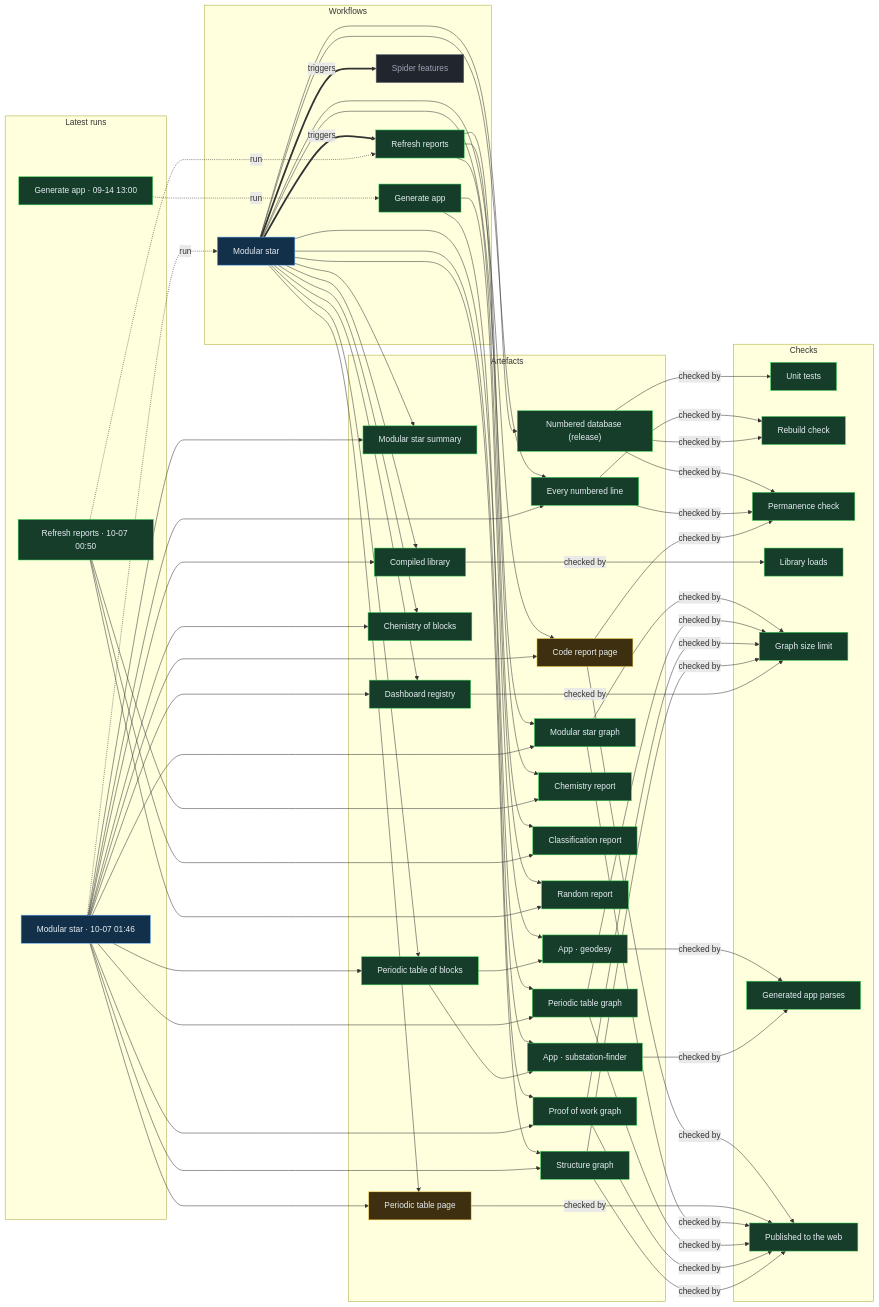
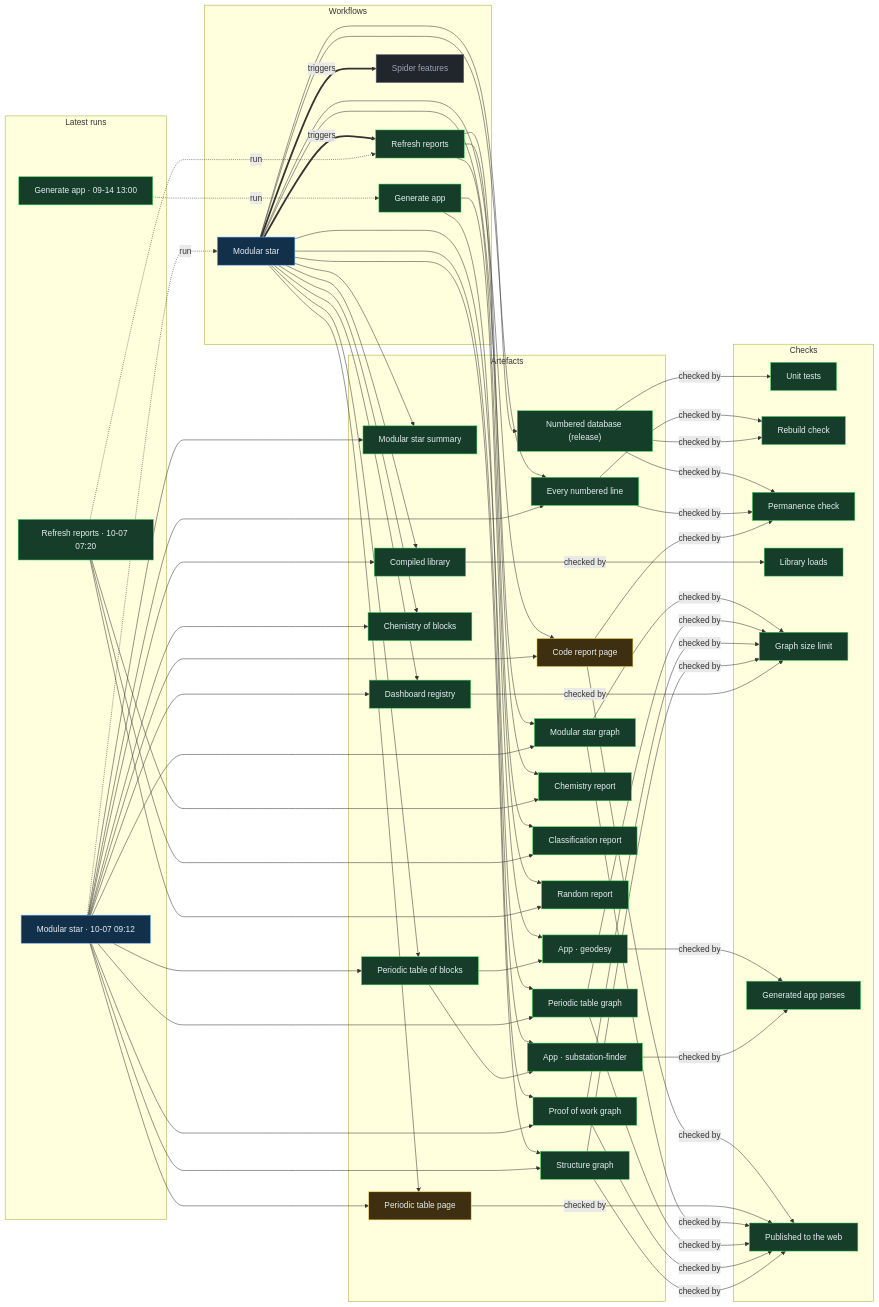
Before and after one commit to Ventusltd/stars: the diagram in proof/PROOF.md, drawn with Mermaid. The commit also changed other lines of this file and 46 other files, not shown here.

Commit message:
Modular star 2026-10-07T09:15Z

```diff
--- a/proof/PROOF.md
+++ b/proof/PROOF.md
@@ -24,8 +24,8 @@
   n_wf_spider_features["Spider features"]:::off
   end
   subgraph g_runs["Latest runs"]
-  n_run_37558792047["Modular star · 10-07 01:46"]:::live
-  n_run_37554048431["Refresh reports · 10-07 00:50"]:::ok
+  n_run_37598972760["Modular star · 10-07 09:12"]:::live
+  n_run_37586756291["Refresh reports · 10-07 07:20"]:::ok
   n_run_34846587798["Generate app · 09-14 13:00"]:::ok
   end
   subgraph g_artefacts["Artefacts"]
@@ -59,39 +59,39 @@
   end
   n_wf_modular_star == triggers ==> n_wf_refresh
   n_wf_modular_star == triggers ==> n_wf_spider_features
-  n_run_37558792047 -. run .-> n_wf_modular_star
-  n_run_37554048431 -. run .-> n_wf_refresh
+  n_run_37598972760 -. run .-> n_wf_modular_star
+  n_run_37586756291 -. run .-> n_wf_refresh
   n_run_34846587798 -. run .-> n_wf_generate
   n_wf_modular_star --> n_art_summary
-  n_run_37558792047 --> n_art_summary
+  n_run_37598972760 --> n_art_summary
   n_wf_modular_star --> n_art_lines
-  n_run_37558792047 --> n_art_lines
+  n_run_37598972760 --> n_art_lines
   n_wf_modular_star --> n_art_code
-  n_run_37558792047 --> n_art_code
+  n_run_37598972760 --> n_art_code
   n_wf_modular_star --> n_art_modular_graph
-  n_run_37558792047 --> n_art_modular_graph
+  n_run_37598972760 --> n_art_modular_graph
   n_wf_modular_star --> n_art_blocks
-  n_run_37558792047 --> n_art_blocks
+  n_run_37598972760 --> n_art_blocks
   n_wf_modular_star --> n_art_table
-  n_run_37558792047 --> n_art_table
+  n_run_37598972760 --> n_art_table
   n_wf_modular_star --> n_art_blocks_graph
-  n_run_37558792047 --> n_art_blocks_graph
+  n_run_37598972760 --> n_art_blocks_graph
   n_wf_modular_star --> n_art_reactions
-  n_run_37558792047 --> n_art_reactions
+  n_run_37598972760 --> n_art_reactions
   n_wf_modular_star --> n_art_library
-  n_run_37558792047 --> n_art_library
+  n_run_37598972760 --> n_art_library
   n_wf_modular_star --> n_art_features
-  n_run_37558792047 --> n_art_features
+  n_run_37598972760 --> n_art_features
   n_wf_modular_star --> n_art_proof
-  n_run_37558792047 --> n_art_proof
+  n_run_37598972760 --> n_art_proof
   n_wf_modular_star --> n_art_structure
-  n_run_37558792047 --> n_art_structure
+  n_run_37598972760 --> n_art_structure
   n_wf_refresh --> n_art_chemistry
-  n_run_37554048431 --> n_art_chemistry
+  n_run_37586756291 --> n_art_chemistry
   n_wf_refresh --> n_art_vedic
-  n_run_37554048431 --> n_art_vedic
+  n_run_37586756291 --> n_art_vedic
   n_wf_refresh --> n_art_random
-  n_run_37554048431 --> n_art_random
+  n_run_37586756291 --> n_art_random
   n_wf_modular_star --> n_art_release
   n_wf_generate --> n_app_geodesy
   n_art_blocks --> n_app_geodesy
```
